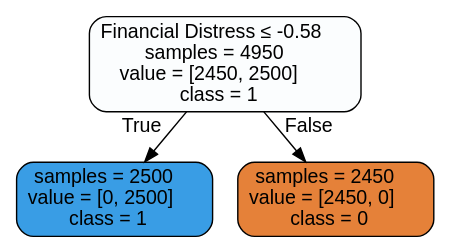
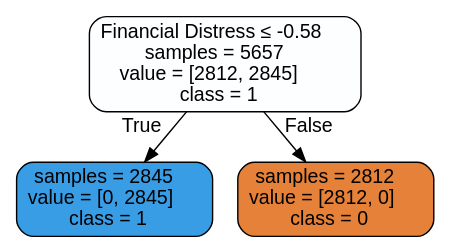
The diagram in Classification/Images/Decision Tree/class_financial_distress_dt_accuracy_best_tree.dot (jaimevidex/DataScience), drawn with Graphviz before and after one commit. The commit also changed 12 other files, not shown here.

```diff
--- a/Classification/Images/Decision Tree/class_financial_distress_dt_accuracy_best_tree.dot
+++ b/Classification/Images/Decision Tree/class_financial_distress_dt_accuracy_best_tree.dot
@@ -1,9 +1,9 @@
 digraph Tree {
 node [shape=box, style="filled, rounded", color="black", fontname="helvetica"] ;
 edge [fontname="helvetica"] ;
-0 [label=<Financial Distress &le; -0.58<br/>samples = 4950<br/>value = [2450, 2500]<br/>class = 1>, fillcolor="#fbfdfe"] ;
-1 [label=<samples = 2500<br/>value = [0, 2500]<br/>class = 1>, fillcolor="#399de5"] ;
+0 [label=<Financial Distress &le; -0.58<br/>samples = 5657<br/>value = [2812, 2845]<br/>class = 1>, fillcolor="#fdfeff"] ;
+1 [label=<samples = 2845<br/>value = [0, 2845]<br/>class = 1>, fillcolor="#399de5"] ;
 0 -> 1 [labeldistance=2.5, labelangle=45, headlabel="True"] ;
-2 [label=<samples = 2450<br/>value = [2450, 0]<br/>class = 0>, fillcolor="#e58139"] ;
+2 [label=<samples = 2812<br/>value = [2812, 0]<br/>class = 0>, fillcolor="#e58139"] ;
 0 -> 2 [labeldistance=2.5, labelangle=-45, headlabel="False"] ;
 }
```
